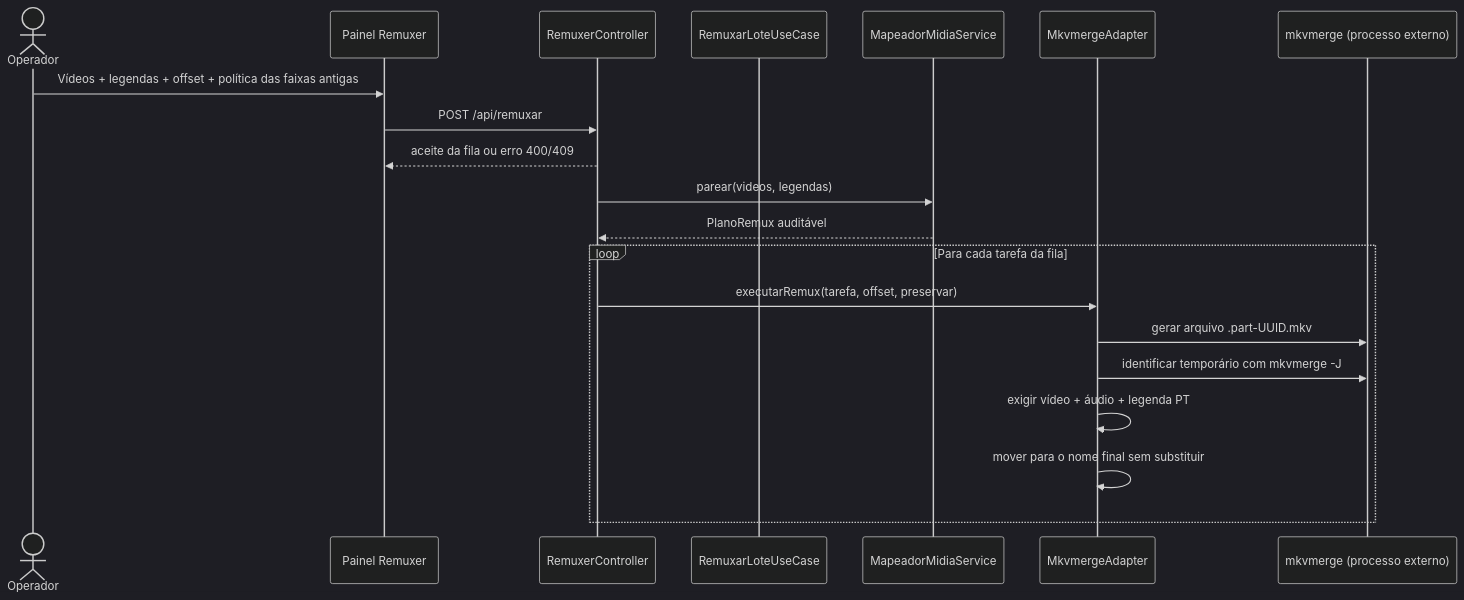
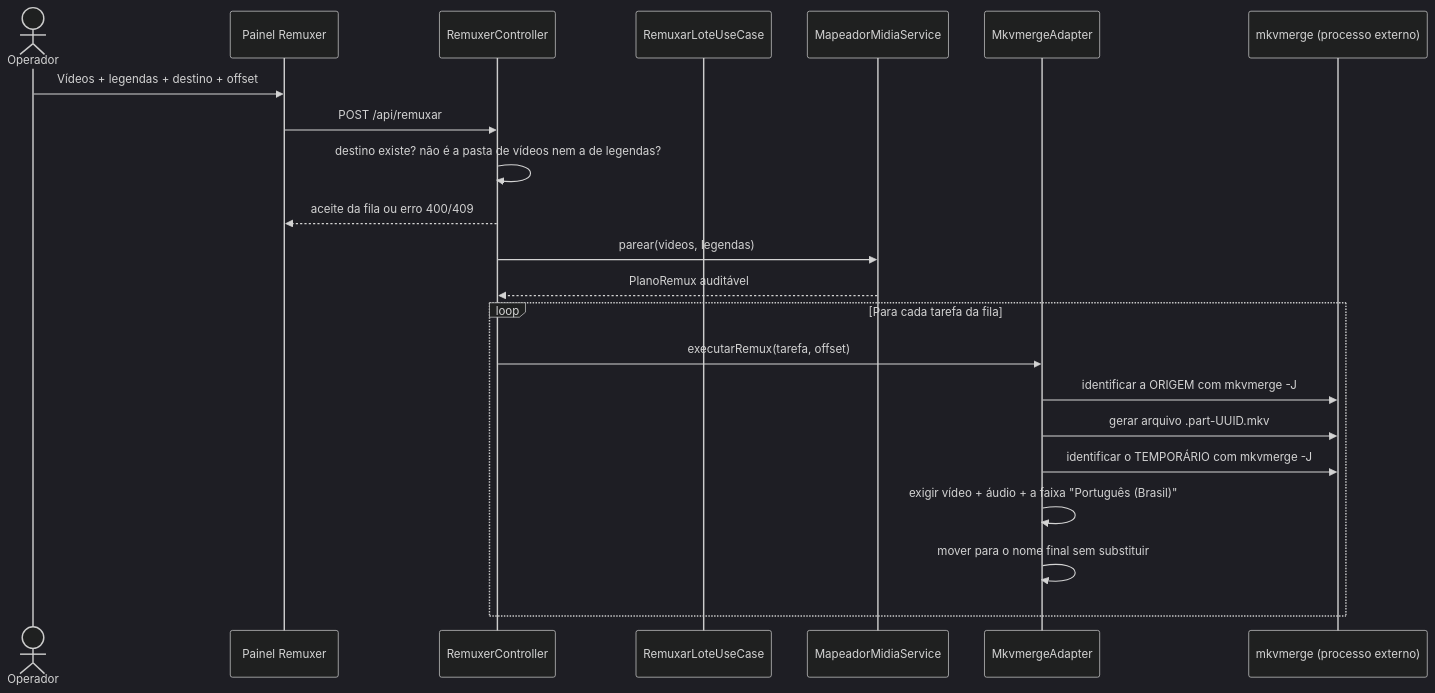
One commit to carmipa/traducao_animes_llm_local_quarkus-1 changed the second of 2 diagrams in docs/etapa-5.1-remuxer.md. Above: the diagram before and after it, drawn with Mermaid (dark theme). The commit also changed other lines of this file and 16 other files, not shown here.

````diff
--- a/docs/etapa-5.1-remuxer.md
+++ b/docs/etapa-5.1-remuxer.md
@@ -65,23 +70,25 @@
 ```mermaid
 sequenceDiagram
     actor Op as Operador
     participant UI as Painel Remuxer
     participant API as RemuxerController
     participant UC as RemuxarLoteUseCase
     participant Map as MapeadorMidiaService
     participant AD as MkvmergeAdapter
     participant MKV as mkvmerge (processo externo)
 
-    Op->>UI: Vídeos + legendas + offset + política das faixas antigas
+    Op->>UI: Vídeos + legendas + destino + offset
     UI->>API: POST /api/remuxar
+    API->>API: destino existe? não é a pasta de vídeos nem a de legendas?
     API-->>UI: aceite da fila ou erro 400/409
     API->>Map: parear(videos, legendas)
     Map-->>API: PlanoRemux auditável
     loop Para cada tarefa da fila
-        API->>AD: executarRemux(tarefa, offset, preservar)
+        API->>AD: executarRemux(tarefa, offset)
+        AD->>MKV: identificar a ORIGEM com mkvmerge -J
         AD->>MKV: gerar arquivo .part-UUID.mkv
-        AD->>MKV: identificar temporário com mkvmerge -J
-        AD->>AD: exigir vídeo + áudio + legenda PT
+        AD->>MKV: identificar o TEMPORÁRIO com mkvmerge -J
+        AD->>AD: exigir vídeo + áudio + a faixa "Português (Brasil)"
         AD->>AD: mover para o nome final sem substituir
     end
 ```
````
